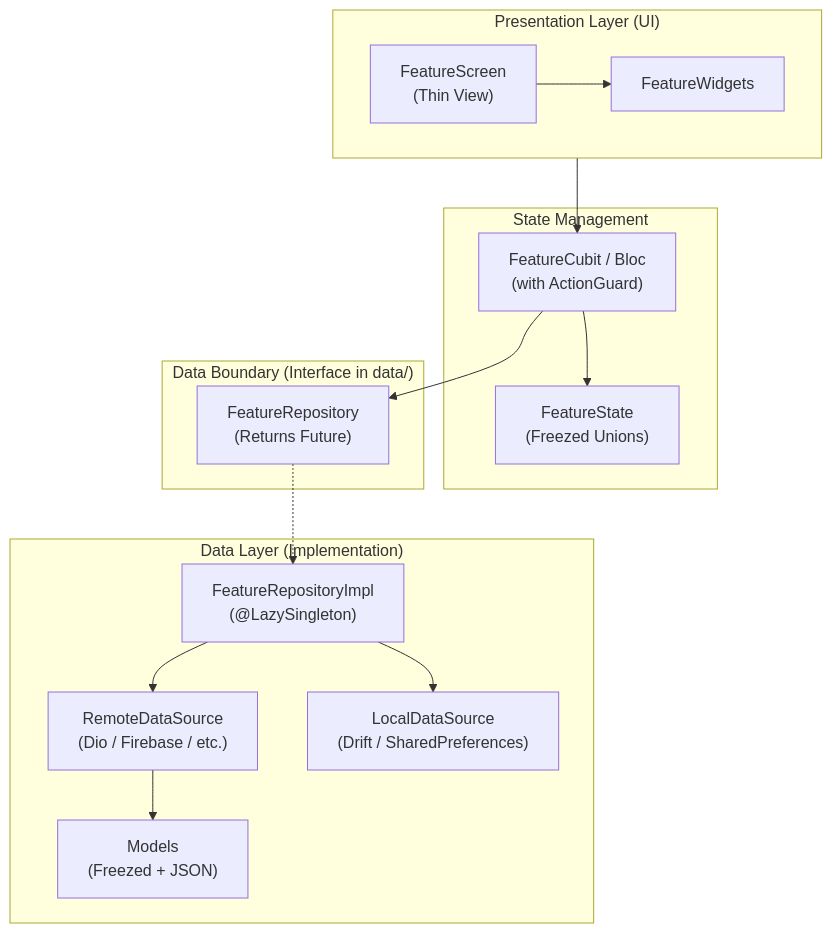
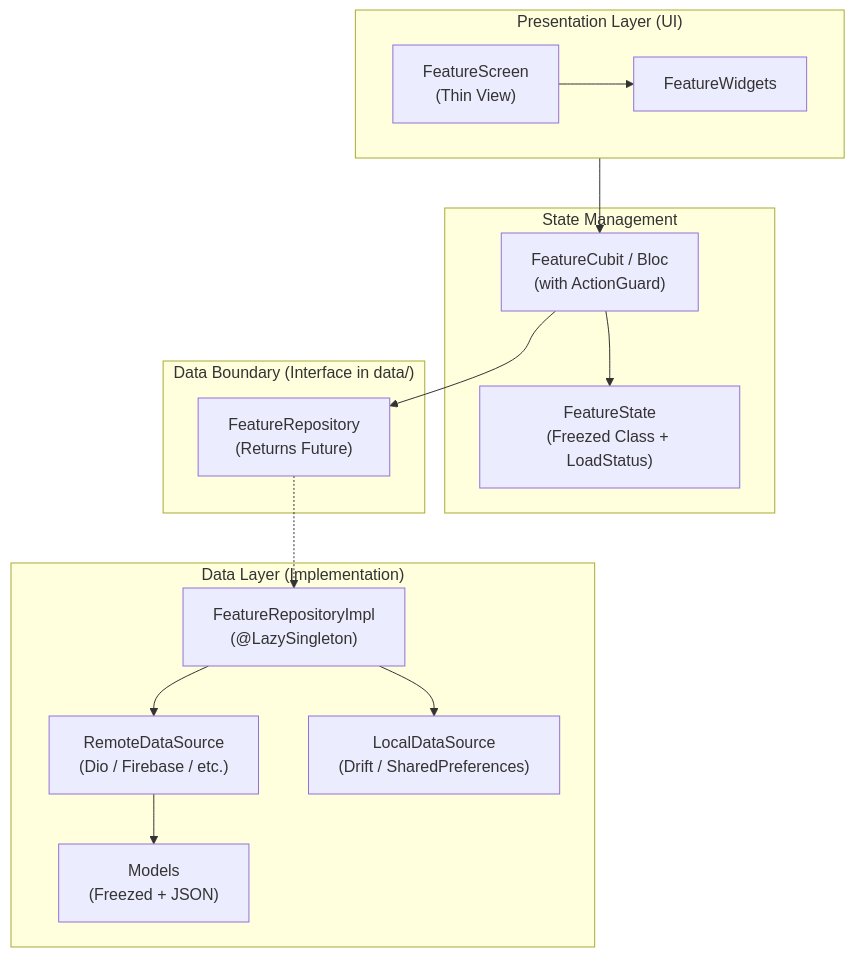
One commit to Clark605/flutter_Starter_template changed the diagram in docs/architecture.md. Above: the diagram before and after it, drawn with Mermaid. The commit also changed other lines of this file and 14 other files, not shown here.

First line of the commit message:
Refactor ExampleCubit and ExampleState to use LoadStatus for state management

````diff
--- a/docs/architecture.md
+++ b/docs/architecture.md
@@ -5,33 +5,33 @@
 ```mermaid
 flowchart TD
     subgraph UI ["Presentation Layer (UI)"]
         Screen["FeatureScreen\n(Thin View)"]
         Widget["FeatureWidgets"]
         Screen --> Widget
     end
 
     subgraph StateManagement ["State Management"]
         Cubit["FeatureCubit / Bloc\n(with ActionGuard)"]
-        State["FeatureState\n(Freezed Unions)"]
+        State["FeatureState\n(Freezed Class + LoadStatus)"]
         Cubit --> State
     end
 
     subgraph RepositoryLayer ["Data Boundary (Interface in data/)"]
         RepoInterface["FeatureRepository\n(Returns Future<T>)"]
     end
 
     subgraph DataLayer ["Data Layer (Implementation)"]
         RepoImpl["FeatureRepositoryImpl\n(@LazySingleton)"]
         RemoteDS["RemoteDataSource\n(Dio / Firebase / etc.)"]
         LocalDS["LocalDataSource\n(Drift / SharedPreferences)"]
         DTO["Models\n(Freezed + JSON)"]
 
         RepoImpl --> RemoteDS
         RepoImpl --> LocalDS
         RemoteDS --> DTO
     end
 
     UI --> Cubit
     Cubit --> RepoInterface
     RepoInterface -.-> RepoImpl
 ```
````
